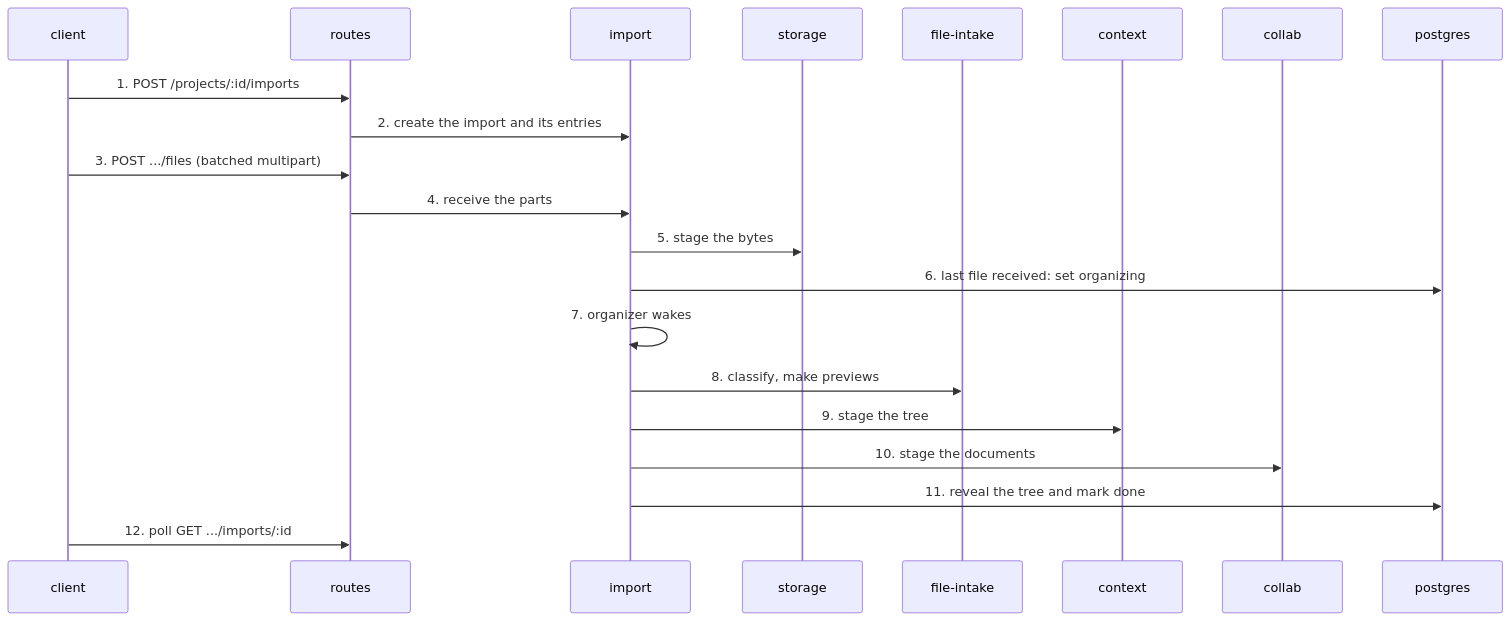
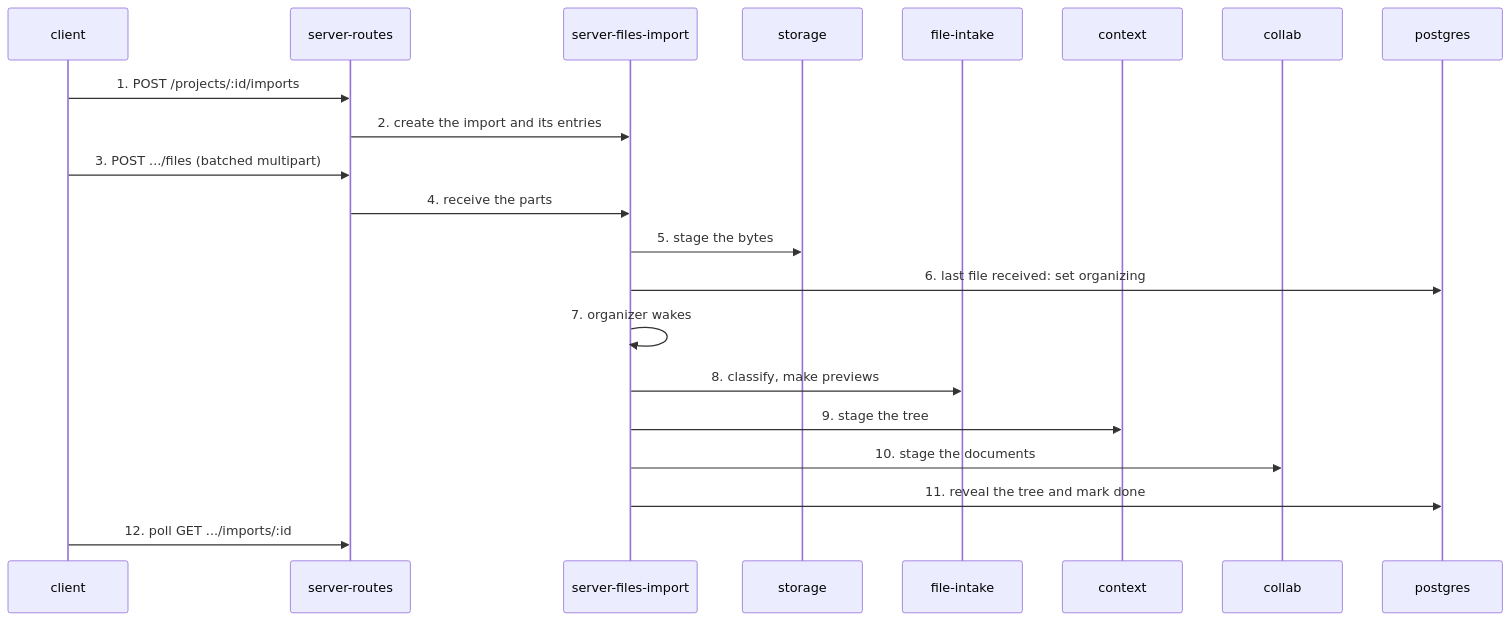
The diagram in .context/system-architecture/flows/an-import.md (haowjy/meridian-flow), drawn with Mermaid before and after one commit. The commit also changed 14 other files, not shown here.

First line of the commit message:
check:architecture: rows equal breaks one to one; value imports only; groups take no Paths

````diff
--- a/.context/system-architecture/flows/an-import.md
+++ b/.context/system-architecture/flows/an-import.md
@@ -7,23 +7,23 @@
 ```mermaid
 sequenceDiagram
   participant client
-  participant routes
-  participant import
+  participant server-routes
+  participant server-files-import
   participant storage
   participant file-intake
   participant context
   participant collab
   participant postgres
-  client->>routes: 1. POST /projects/:id/imports
-  routes->>import: 2. create the import and its entries
-  client->>routes: 3. POST .../files (batched multipart)
-  routes->>import: 4. receive the parts
-  import->>storage: 5. stage the bytes
-  import->>postgres: 6. last file received: set organizing
-  import->>import: 7. organizer wakes
-  import->>file-intake: 8. classify, make previews
-  import->>context: 9. stage the tree
-  import->>collab: 10. stage the documents
-  import->>postgres: 11. reveal the tree and mark done
-  client->>routes: 12. poll GET .../imports/:id
+  client->>server-routes: 1. POST /projects/:id/imports
+  server-routes->>server-files-import: 2. create the import and its entries
+  client->>server-routes: 3. POST .../files (batched multipart)
+  server-routes->>server-files-import: 4. receive the parts
+  server-files-import->>storage: 5. stage the bytes
+  server-files-import->>postgres: 6. last file received: set organizing
+  server-files-import->>server-files-import: 7. organizer wakes
+  server-files-import->>file-intake: 8. classify, make previews
+  server-files-import->>context: 9. stage the tree
+  server-files-import->>collab: 10. stage the documents
+  server-files-import->>postgres: 11. reveal the tree and mark done
+  client->>server-routes: 12. poll GET .../imports/:id
 ```
````
